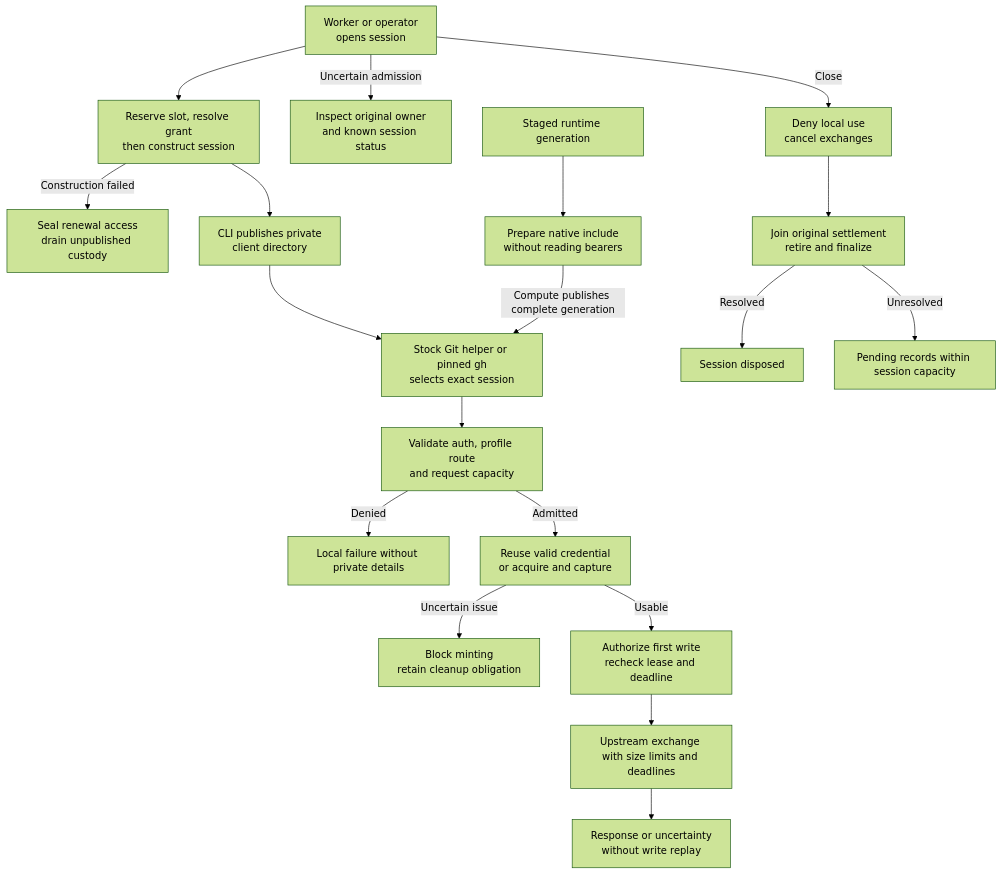
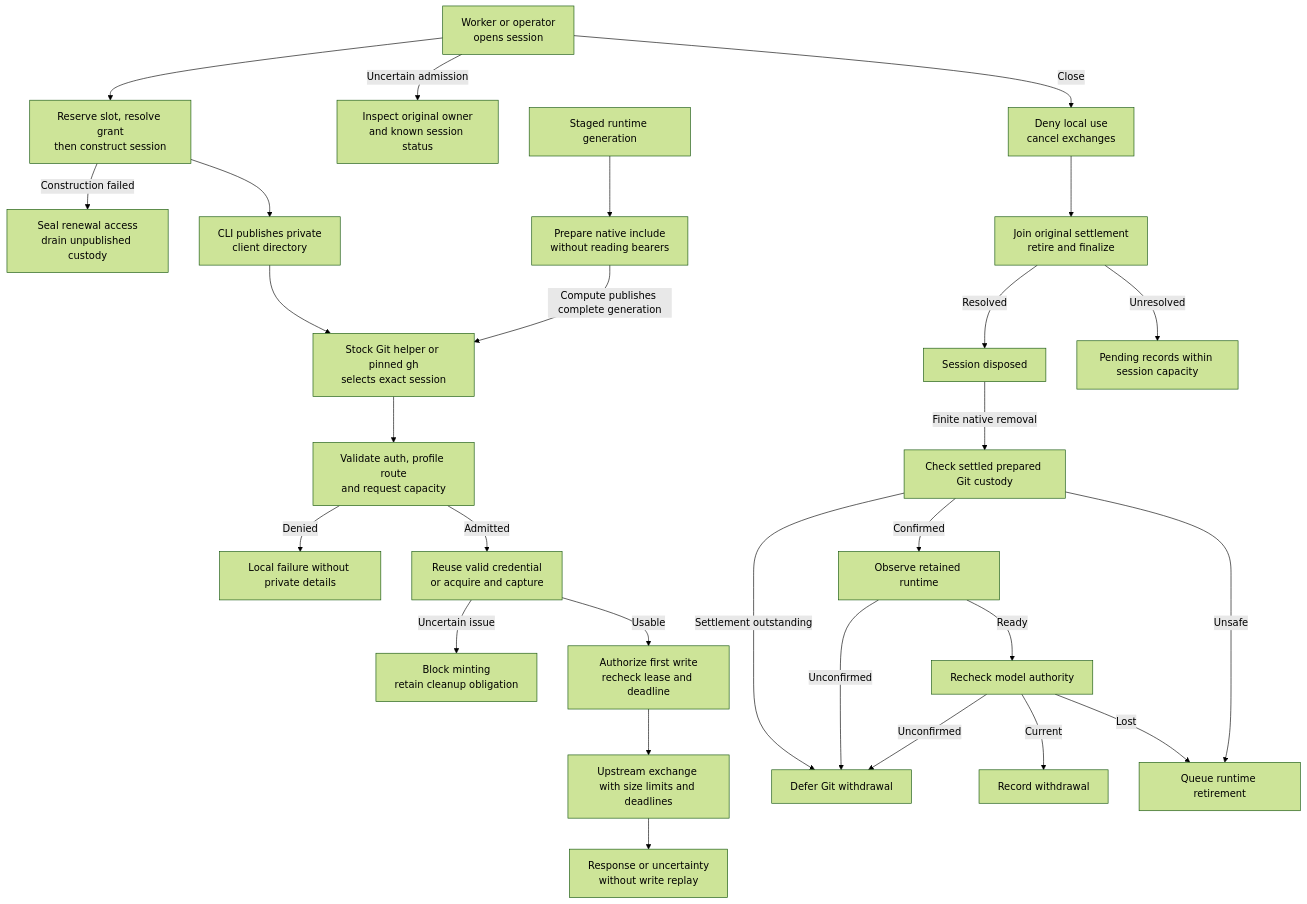
One commit to openclaw/openclaw-enterprise changed the diagram in docs/flows/repository-credentials.md. Above: the diagram before and after it, drawn with Mermaid (forest theme). The commit also changed other lines of this file and 20 other files, not shown here.

First line of the commit message:
Keep the Agent running after confirmed native Git withdrawal (#6898)

````diff
--- a/docs/flows/repository-credentials.md
+++ b/docs/flows/repository-credentials.md
@@ -29,21 +29,30 @@
 ```mermaid
 graph TD
   Operator["Worker or operator<br/>opens session"] --> Admission["Reserve slot, resolve grant<br/>then construct session"]
   Admission -->|Construction failed| ConstructionCleanup["Seal renewal access<br/>drain unpublished custody"]
   Operator -->|Uncertain admission| Recovery["Inspect original owner<br/>and known session status"]
   Admission --> Files["CLI publishes private<br/>client directory"]
   Files --> Client["Stock Git helper or pinned gh<br/>selects exact session"]
   Staged["Staged runtime generation"] --> Native["Prepare native include<br/>without reading bearers"]
   Native -->|Compute publishes complete generation| Client
   Client --> Route["Validate auth, profile route<br/>and request capacity"]
   Route -->|Denied| Denial["Local failure without private details"]
   Route -->|Admitted| Credential["Reuse valid credential<br/>or acquire and capture"]
   Credential -->|Uncertain issue| Blocked["Block minting<br/>retain cleanup obligation"]
   Credential -->|Usable| Gate["Authorize first write<br/>recheck lease and deadline"]
   Gate --> Upstream["Upstream exchange with size limits and deadlines"]
   Upstream --> Result["Response or uncertainty<br/>without write replay"]
   Operator -->|Close| Closed["Deny local use<br/>cancel exchanges"]
   Closed --> Cleanup["Join original settlement<br/>retire and finalize"]
   Cleanup -->|Resolved| Disposed["Session disposed"]
   Cleanup -->|Unresolved| Pending["Pending records within session capacity"]
+  Disposed -->|Finite native removal| NativeCustody["Check settled prepared Git custody"]
+  NativeCustody -->|Confirmed| NativeRuntime["Observe retained runtime"]
+  NativeCustody -->|Settlement outstanding| NativeWithdrawalPending["Defer Git withdrawal"]
+  NativeRuntime -->|Ready| NativeAuthority["Recheck model authority"]
+  NativeRuntime -->|Unconfirmed| NativeWithdrawalPending
+  NativeAuthority -->|Current| NativeKeep["Record withdrawal"]
+  NativeAuthority -->|Unconfirmed| NativeWithdrawalPending
+  NativeAuthority -->|Lost| NativeStop["Queue runtime retirement"]
+  NativeCustody -->|Unsafe| NativeStop
 ```
````
